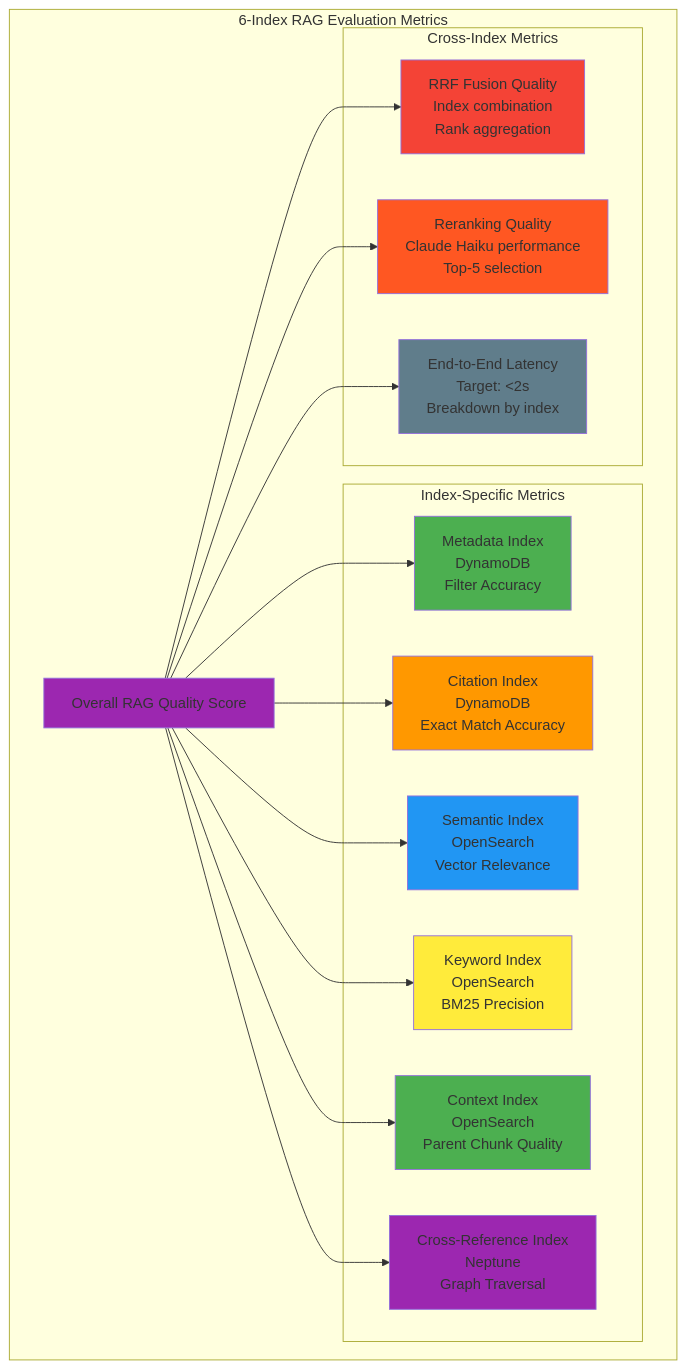
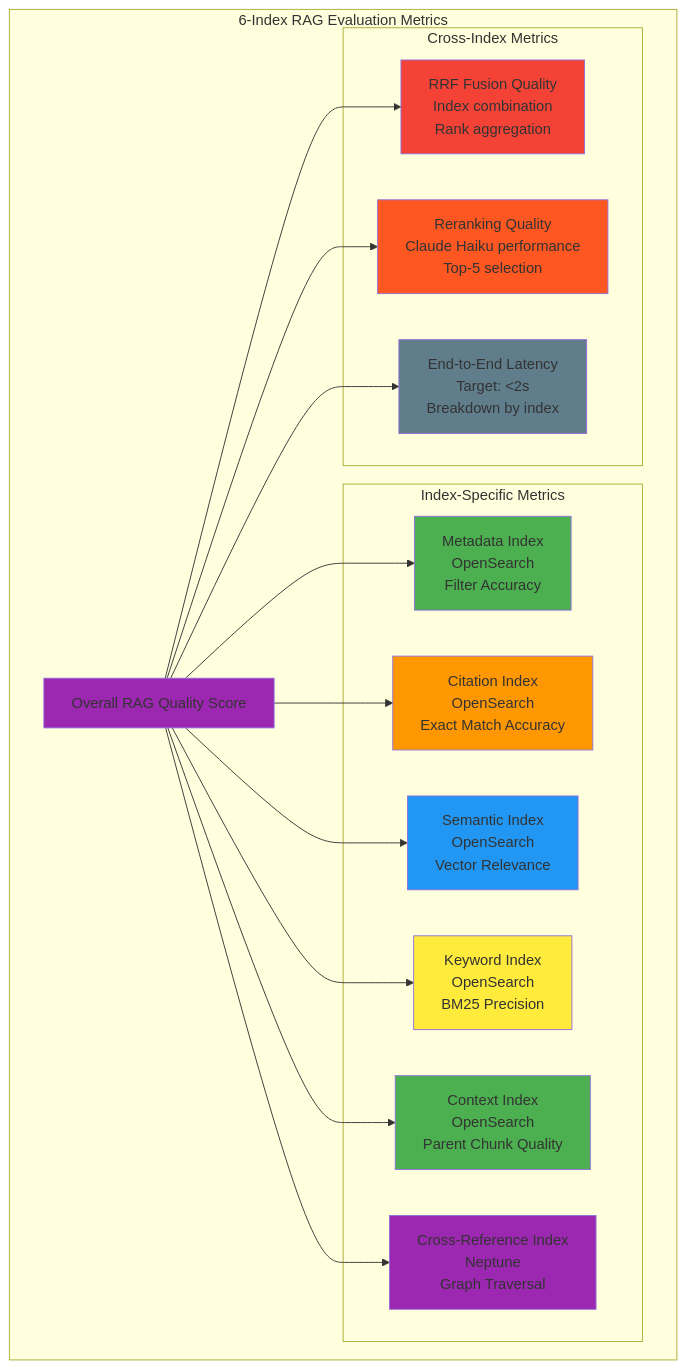
The fifth of 10 diagrams in case_assistant/system_design/05-evaluation-strategy.md (anguyenbus/case_chat), drawn with Mermaid before and after one commit. The commit also changed other lines of this file, not shown here.

````diff
--- a/case_assistant/system_design/05-evaluation-strategy.md
+++ b/case_assistant/system_design/05-evaluation-strategy.md
@@ -273,42 +273,42 @@
 ```mermaid
 graph TB
     subgraph "6-Index RAG Evaluation Metrics"
         ALL[Overall RAG Quality Score]
 
         subgraph "Index-Specific Metrics"
-            META[Metadata Index<br/>DynamoDB<br/>Filter Accuracy]
-            CITATION[Citation Index<br/>DynamoDB<br/>Exact Match Accuracy]
+            META[Metadata Index<br/>OpenSearch<br/>Filter Accuracy]
+            CITATION[Citation Index<br/>OpenSearch<br/>Exact Match Accuracy]
             SEM[Semantic Index<br/>OpenSearch<br/>Vector Relevance]
             KW[Keyword Index<br/>OpenSearch<br/>BM25 Precision]
             CTX[Context Index<br/>OpenSearch<br/>Parent Chunk Quality]
             GRAPH[Cross-Reference Index<br/>Neptune<br/>Graph Traversal]
         end
 
         subgraph "Cross-Index Metrics"
             FUSION[RRF Fusion Quality<br/>Index combination<br/>Rank aggregation]
             RERANK[Reranking Quality<br/>Claude Haiku performance<br/>Top-5 selection]
             LATENCY[End-to-End Latency<br/>Target: <2s<br/>Breakdown by index]
         end
     end
 
     ALL --> META
     ALL --> CITATION
     ALL --> SEM
     ALL --> KW
     ALL --> CTX
     ALL --> GRAPH
     ALL --> FUSION
     ALL --> RERANK
     ALL --> LATENCY
 
     style ALL fill:#9C27B0
     style META fill:#4CAF50
     style CITATION fill:#FF9800
     style SEM fill:#2196F3
     style KW fill:#FFEB3B
     style CTX fill:#4CAF50
     style GRAPH fill:#9C27B0
     style FUSION fill:#F44336
     style RERANK fill:#FF5722
     style LATENCY fill:#607D8B
 ```
````
